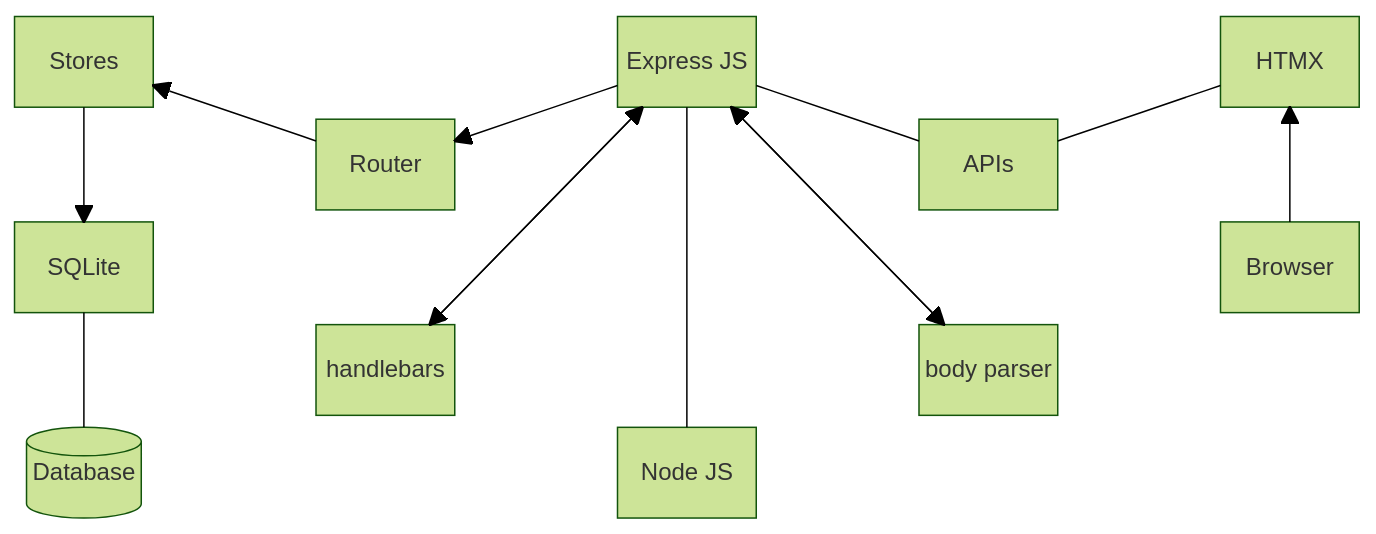
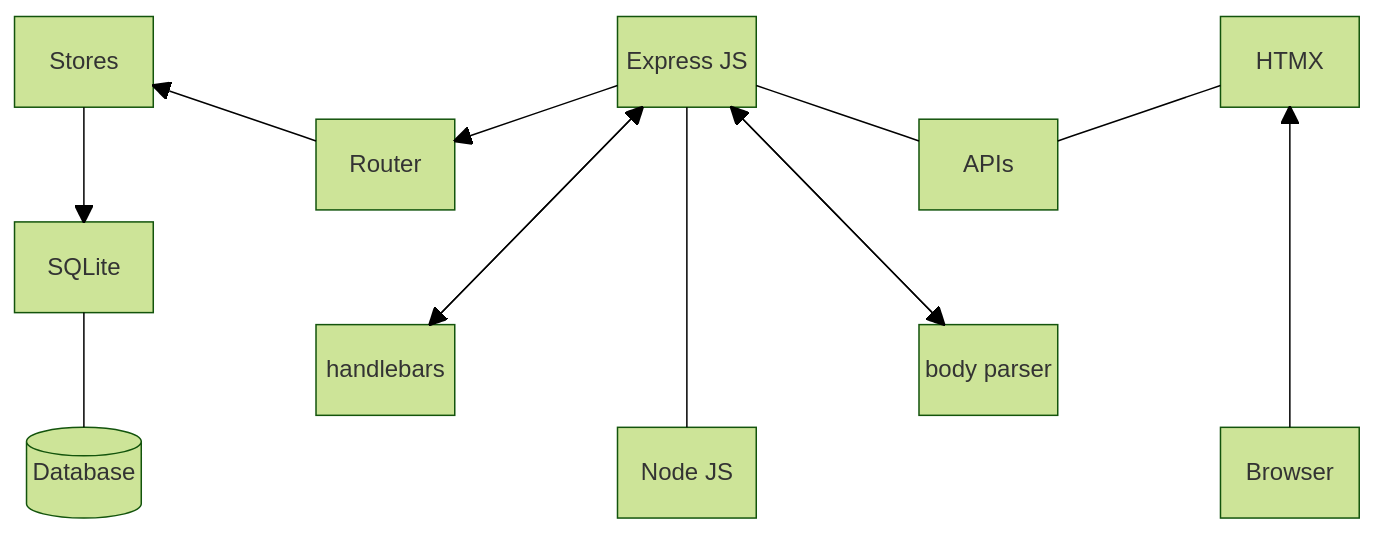
Before and after one commit to TracyGJG/htmx-sqlite-todo: the diagram in README.md, drawn with Mermaid (forest theme). The commit also changed 5 other files, not shown here.

````diff
--- a/README.md
+++ b/README.md
@@ -33,44 +33,44 @@
 ```mermaid
 block-beta
     columns 9
 
     St["Stores"]
     space:3
     Ex["Express JS"]
     space:3
     H["HTMX"]
 
     space:2
     R["Router"]
     space:3
     A["APIs"]
     space:2
 
     Sq["SQLite"]
-    space:7
-    B["Browser"]
+    space:8
 
     space:2
     Hbs["handlebars"]
     space:3
     BP["body parser"]
     space:2
 
     db[("Database")]
     space:3
     N["Node JS"]
-    space:4
+    space:3
+    B["Browser"]
 
     Sq --- db
     St --> Sq
     Ex --> R
     R --> St
     Hbs --> Ex
     Ex --> Hbs
     N --- Ex
     BP --> Ex
     Ex --> BP
     H --- A
     A --- Ex
     B --> H
 ```
````
